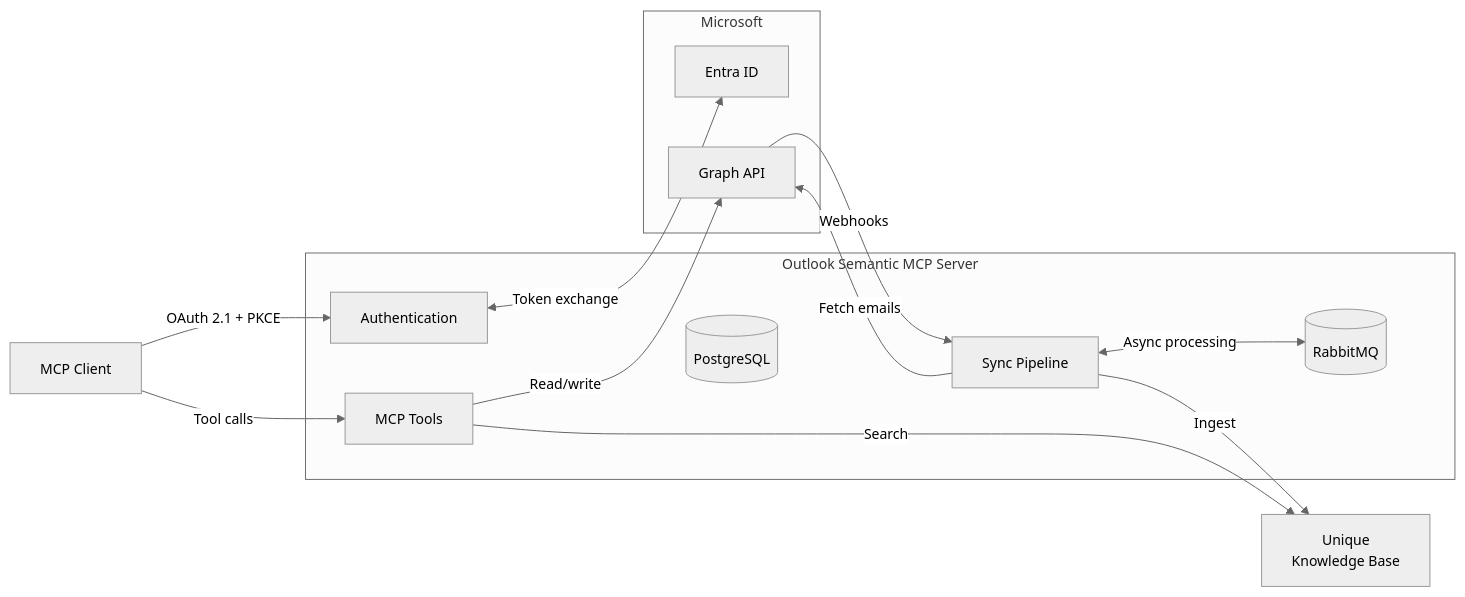
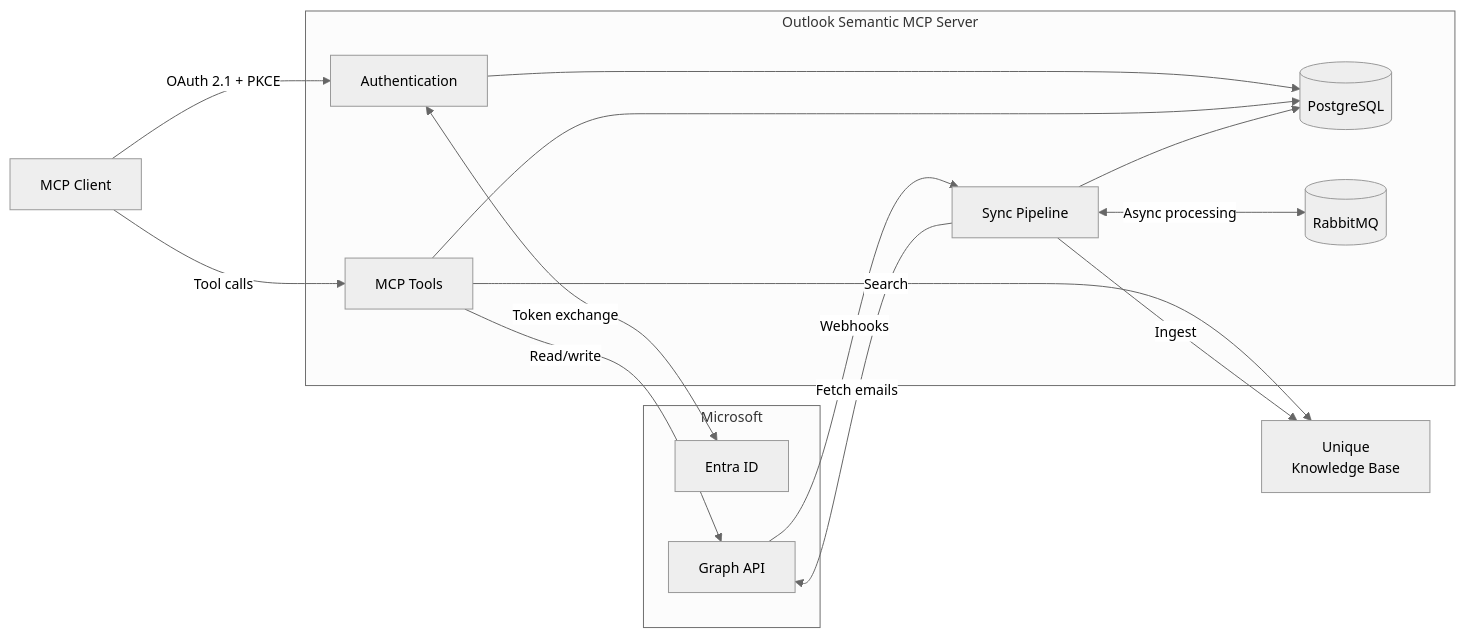
One commit to Unique-AG/connectors changed the first of 2 diagrams in services/outlook-semantic-mcp/docs/technical/architecture.md. Above: the diagram before and after it, drawn with Mermaid.

````diff
--- a/services/outlook-semantic-mcp/docs/technical/architecture.md
+++ b/services/outlook-semantic-mcp/docs/technical/architecture.md
@@ -10,35 +10,37 @@
 ```mermaid
 %%{init: {'theme': 'neutral', 'themeVariables': { 'fontSize': '14px' }}}%%
 flowchart LR
     MCPClient["MCP Client"]
 
     subgraph OutlookMCP["Outlook Semantic MCP Server"]
         AuthLayer["Authentication"]
         McpTools["MCP Tools"]
         SyncPipeline["Sync Pipeline"]
         DB[("PostgreSQL")]
         MQ[("RabbitMQ")]
     end
 
     subgraph Microsoft["Microsoft"]
         EntraID["Entra ID"]
         MSGraph["Graph API"]
     end
 
     UniqueKB["Unique\nKnowledge Base"]
 
     MCPClient -->|"OAuth 2.1 + PKCE"| AuthLayer
     MCPClient -->|"Tool calls"| McpTools
 
     AuthLayer <-->|"Token exchange"| EntraID
 
     McpTools -->|"Read/write"| MSGraph
     McpTools -->|"Search"| UniqueKB
 
     MSGraph -->|"Webhooks"| SyncPipeline
     SyncPipeline -->|"Fetch emails"| MSGraph
     SyncPipeline <-->|"Async processing"| MQ
     SyncPipeline -->|"Ingest"| UniqueKB
 
-    OutlookMCP --> DB
+    AuthLayer --> DB
+    McpTools --> DB
+    SyncPipeline --> DB
 ```
````
